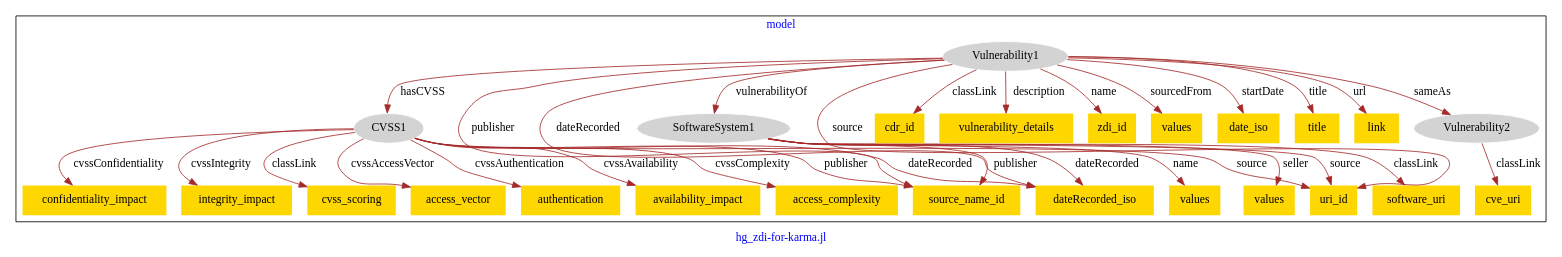
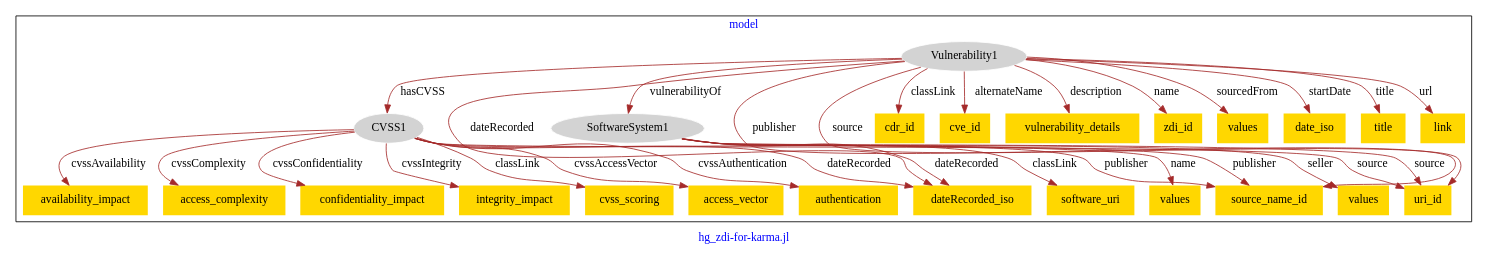
The diagram in models/hg-zdi/hg_zdi-model.dot (usc-isi-i2/effect-alignment), drawn with Graphviz before and after one commit.

Commit message:
Update file hg_zdi-model.dot

```diff
--- a/models/hg-zdi/hg_zdi-model.dot
+++ b/models/hg-zdi/hg_zdi-model.dot
@@ -1,63 +1,61 @@
 digraph n0 {
 fontcolor="blue"
 remincross="true"
 label="hg_zdi-for-karma.jl"
 subgraph cluster {
 label="model"
 n2[style="filled",color="white",fillcolor="lightgray",label="CVSS1"];
 n3[shape="plaintext",style="filled",fillcolor="gold",label="cvss_scoring"];
 n4[shape="plaintext",style="filled",fillcolor="gold",label="access_vector"];
 n5[shape="plaintext",style="filled",fillcolor="gold",label="authentication"];
 n6[shape="plaintext",style="filled",fillcolor="gold",label="availability_impact"];
 n7[shape="plaintext",style="filled",fillcolor="gold",label="access_complexity"];
 n8[shape="plaintext",style="filled",fillcolor="gold",label="confidentiality_impact"];
 n9[shape="plaintext",style="filled",fillcolor="gold",label="integrity_impact"];
-n10[shape="plaintext",style="filled",fillcolor="gold",label="source_name_id"];
+n10[shape="plaintext",style="filled",fillcolor="gold",label="dateRecorded_iso"];
 n11[style="filled",color="white",fillcolor="lightgray",label="SoftwareSystem1"];
 n12[shape="plaintext",style="filled",fillcolor="gold",label="software_uri"];
-n13[shape="plaintext",style="filled",fillcolor="gold",label="dateRecorded_iso"];
-n14[shape="plaintext",style="filled",fillcolor="gold",label="values"];
+n13[shape="plaintext",style="filled",fillcolor="gold",label="values"];
+n14[shape="plaintext",style="filled",fillcolor="gold",label="source_name_id"];
 n15[shape="plaintext",style="filled",fillcolor="gold",label="values"];
 n16[shape="plaintext",style="filled",fillcolor="gold",label="uri_id"];
 n17[style="filled",color="white",fillcolor="lightgray",label="Vulnerability1"];
 n18[shape="plaintext",style="filled",fillcolor="gold",label="cdr_id"];
-n19[shape="plaintext",style="filled",fillcolor="gold",label="vulnerability_details"];
-n20[shape="plaintext",style="filled",fillcolor="gold",label="zdi_id"];
-n21[shape="plaintext",style="filled",fillcolor="gold",label="values"];
-n22[shape="plaintext",style="filled",fillcolor="gold",label="date_iso"];
-n23[shape="plaintext",style="filled",fillcolor="gold",label="title"];
-n24[shape="plaintext",style="filled",fillcolor="gold",label="link"];
-n25[style="filled",color="white",fillcolor="lightgray",label="Vulnerability2"];
-n26[shape="plaintext",style="filled",fillcolor="gold",label="cve_uri"];
+n19[shape="plaintext",style="filled",fillcolor="gold",label="cve_id"];
+n20[shape="plaintext",style="filled",fillcolor="gold",label="vulnerability_details"];
+n21[shape="plaintext",style="filled",fillcolor="gold",label="zdi_id"];
+n22[shape="plaintext",style="filled",fillcolor="gold",label="values"];
+n23[shape="plaintext",style="filled",fillcolor="gold",label="date_iso"];
+n24[shape="plaintext",style="filled",fillcolor="gold",label="title"];
+n25[shape="plaintext",style="filled",fillcolor="gold",label="link"];
 }
 n2 -> n3[color="brown",fontcolor="black",label="classLink"]
 n2 -> n4[color="brown",fontcolor="black",label="cvssAccessVector"]
 n2 -> n5[color="brown",fontcolor="black",label="cvssAuthentication"]
 n2 -> n6[color="brown",fontcolor="black",label="cvssAvailability"]
 n2 -> n7[color="brown",fontcolor="black",label="cvssComplexity"]
 n2 -> n8[color="brown",fontcolor="black",label="cvssConfidentiality"]
 n2 -> n9[color="brown",fontcolor="black",label="cvssIntegrity"]
-n2 -> n10[color="brown",fontcolor="black",label="publisher"]
+n2 -> n10[color="brown",fontcolor="black",label="dateRecorded"]
 n11 -> n12[color="brown",fontcolor="black",label="classLink"]
-n11 -> n13[color="brown",fontcolor="black",label="dateRecorded"]
-n11 -> n14[color="brown",fontcolor="black",label="name"]
-n11 -> n10[color="brown",fontcolor="black",label="publisher"]
+n11 -> n10[color="brown",fontcolor="black",label="dateRecorded"]
+n11 -> n13[color="brown",fontcolor="black",label="name"]
+n11 -> n14[color="brown",fontcolor="black",label="publisher"]
 n11 -> n15[color="brown",fontcolor="black",label="seller"]
 n11 -> n16[color="brown",fontcolor="black",label="source"]
 n17 -> n18[color="brown",fontcolor="black",label="classLink"]
-n17 -> n19[color="brown",fontcolor="black",label="description"]
-n17 -> n20[color="brown",fontcolor="black",label="name"]
-n17 -> n10[color="brown",fontcolor="black",label="publisher"]
-n17 -> n21[color="brown",fontcolor="black",label="sourcedFrom"]
-n17 -> n22[color="brown",fontcolor="black",label="startDate"]
-n17 -> n23[color="brown",fontcolor="black",label="title"]
-n17 -> n24[color="brown",fontcolor="black",label="url"]
-n25 -> n26[color="brown",fontcolor="black",label="classLink"]
+n17 -> n10[color="brown",fontcolor="black",label="dateRecorded"]
+n17 -> n19[color="brown",fontcolor="black",label="alternateName"]
+n17 -> n20[color="brown",fontcolor="black",label="description"]
+n17 -> n21[color="brown",fontcolor="black",label="name"]
+n17 -> n22[color="brown",fontcolor="black",label="sourcedFrom"]
+n17 -> n23[color="brown",fontcolor="black",label="startDate"]
+n17 -> n24[color="brown",fontcolor="black",label="title"]
+n17 -> n25[color="brown",fontcolor="black",label="url"]
 n17 -> n2[color="brown",fontcolor="black",label="hasCVSS"]
+n2 -> n14[color="brown",fontcolor="black",label="publisher"]
+n17 -> n11[color="brown",fontcolor="black",label="vulnerabilityOf"]
+n17 -> n16[color="brown",fontcolor="black",label="source"]
 n2 -> n16[color="brown",fontcolor="black",label="source"]
-n17 -> n11[color="brown",fontcolor="black",label="vulnerabilityOf"]
-n17 -> n25[color="brown",fontcolor="black",label="sameAs"]
-n17 -> n13[color="brown",fontcolor="black",label="dateRecorded"]
-n2 -> n13[color="brown",fontcolor="black",label="dateRecorded"]
-n17 -> n16[color="brown",fontcolor="black",label="source"]
+n17 -> n14[color="brown",fontcolor="black",label="publisher"]
 }
```
